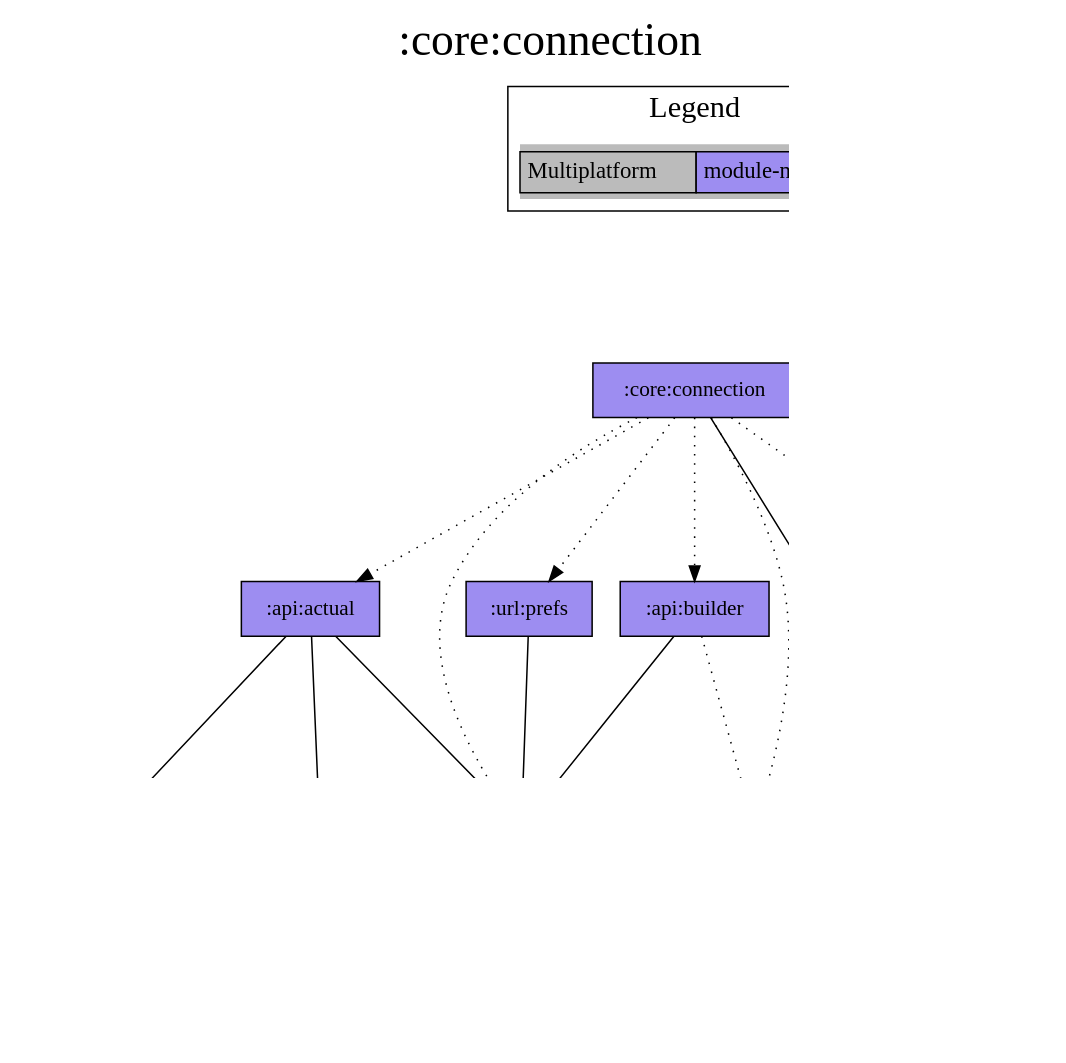
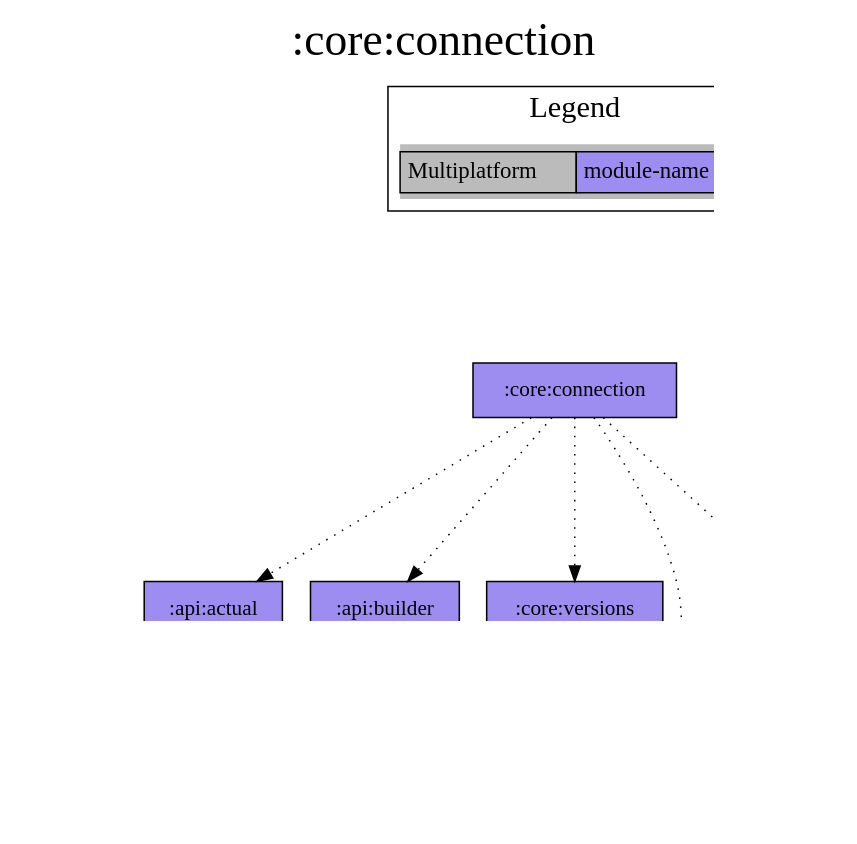
Before and after one commit to jonapoul/aktual: the diagram in modules/core/connection/project-dependency-graph.dot, drawn with Graphviz. The commit also changed 143 other files, not shown here.

```diff
--- a/modules/core/connection/project-dependency-graph.dot
+++ b/modules/core/connection/project-dependency-graph.dot
@@ -1,44 +1,36 @@
 digraph {
 edge ["dir"="forward"]
 graph ["dpi"="100","label"=":core:connection","labelloc"="t","fontsize"="30","ranksep"="1.5","rankdir"="TB"]
 node ["style"="filled"]
 ":account:model" ["fillcolor"="#9D8DF1","shape"="box"]
 ":api:actual" ["fillcolor"="#9D8DF1","shape"="box"]
 ":api:builder" ["fillcolor"="#9D8DF1","shape"="box"]
 ":budget:model" ["fillcolor"="#9D8DF1","shape"="box"]
-":core:buildconfig" ["fillcolor"="#9D8DF1","shape"="box"]
 ":core:connection" ["fillcolor"="#9D8DF1","shape"="box"]
-":core:model" ["fillcolor"="#9D8DF1","shape"="box"]
 ":core:versions" ["fillcolor"="#9D8DF1","shape"="box"]
-":log" ["fillcolor"="#9D8DF1","shape"="box"]
 ":url:model" ["fillcolor"="#9D8DF1","shape"="box"]
 ":url:prefs" ["fillcolor"="#9D8DF1","shape"="box"]
 {
 edge ["dir"="none"]
 graph ["rank"="same"]
 }
 ":api:actual" -> ":account:model"
 ":api:actual" -> ":budget:model"
 ":api:actual" -> ":url:model"
-":api:builder" -> ":log" ["style"="dotted"]
 ":api:builder" -> ":url:model"
 ":core:connection" -> ":api:actual" ["style"="dotted"]
 ":core:connection" -> ":api:builder" ["style"="dotted"]
-":core:connection" -> ":core:buildconfig"
 ":core:connection" -> ":core:versions" ["style"="dotted"]
-":core:connection" -> ":log" ["style"="dotted"]
 ":core:connection" -> ":url:model" ["style"="dotted"]
 ":core:connection" -> ":url:prefs" ["style"="dotted"]
-":core:versions" -> ":core:buildconfig"
-":url:model" -> ":core:model" ["style"="dotted"]
 ":url:prefs" -> ":url:model"
 subgraph "cluster_legend" {
 edge ["dir"="none"]
 graph ["label"="Legend","fontsize"="20"]
 "Legend" ["style"="filled","fillcolor"="#bbbbbb","shape"="none","margin"="0","fontsize"="15","label"=<
 <TABLE BORDER="0" CELLBORDER="1" CELLSPACING="0" CELLPADDING="4">
 <TR><TD>Multiplatform</TD><TD BGCOLOR="#9D8DF1">module-name</TD></TR>
 </TABLE>
 >]
 } -> ":core:connection" ["style"="invis"]
 }
```
